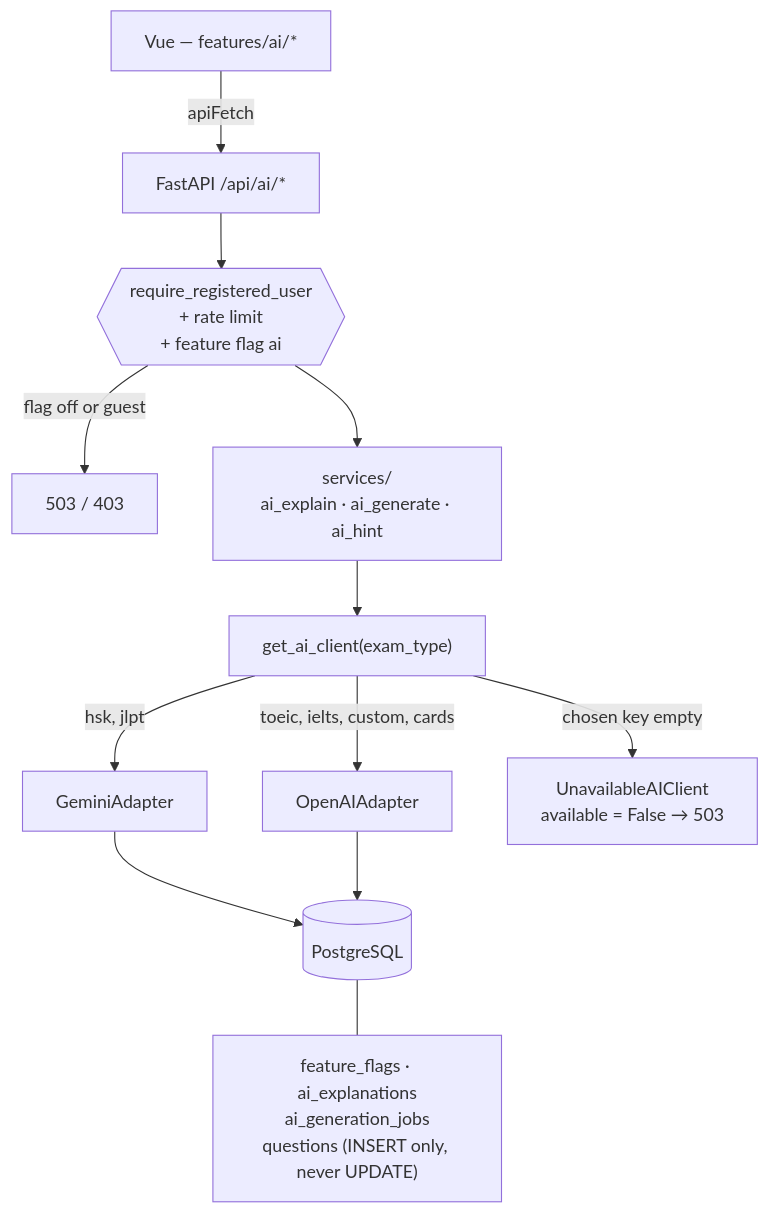
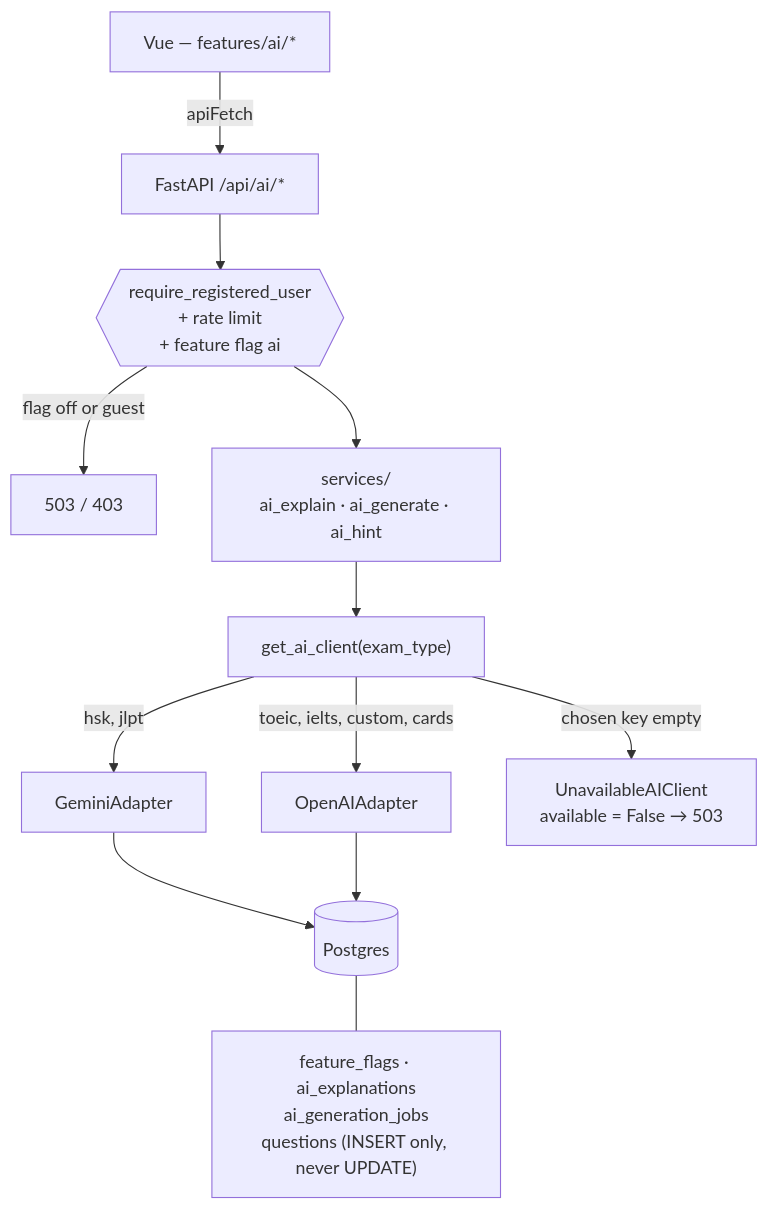
One commit to newtc22222/technical-documents changed the diagram in docs/lingu-flow/features/ai-service-layer.md. Above: the diagram before and after it, drawn with Mermaid. The commit also changed other lines of this file and 32 other files, not shown here.

First line of the commit message:
docs(lingu-flow): sync wiki through v2.2.0

````diff
--- a/docs/lingu-flow/features/ai-service-layer.md
+++ b/docs/lingu-flow/features/ai-service-layer.md
@@ -31,18 +31,18 @@
 ```mermaid
 flowchart TD
     Vue["Vue — features/ai/*"] -->|apiFetch| Router["FastAPI /api/ai/*"]
 
     Router --> Guards{{"require_registered_user<br/>+ rate limit<br/>+ feature flag ai"}}
     Guards -->|flag off or guest| Err["503 / 403"]
 
     Guards --> Services["services/<br/>ai_explain · ai_generate · ai_hint"]
     Services --> Factory["get_ai_client(exam_type)"]
 
     Factory -->|hsk, jlpt| Gemini["GeminiAdapter"]
     Factory -->|toeic, ielts, custom, cards| OpenAI["OpenAIAdapter"]
     Factory -->|chosen key empty| Unavailable["UnavailableAIClient<br/>available = False → 503"]
 
-    Gemini --> PG[("PostgreSQL")]
+    Gemini --> PG[("Postgres")]
     OpenAI --> PG
     PG --- Tables["feature_flags · ai_explanations<br/>ai_generation_jobs<br/>questions (INSERT only, never UPDATE)"]
 ```
````
